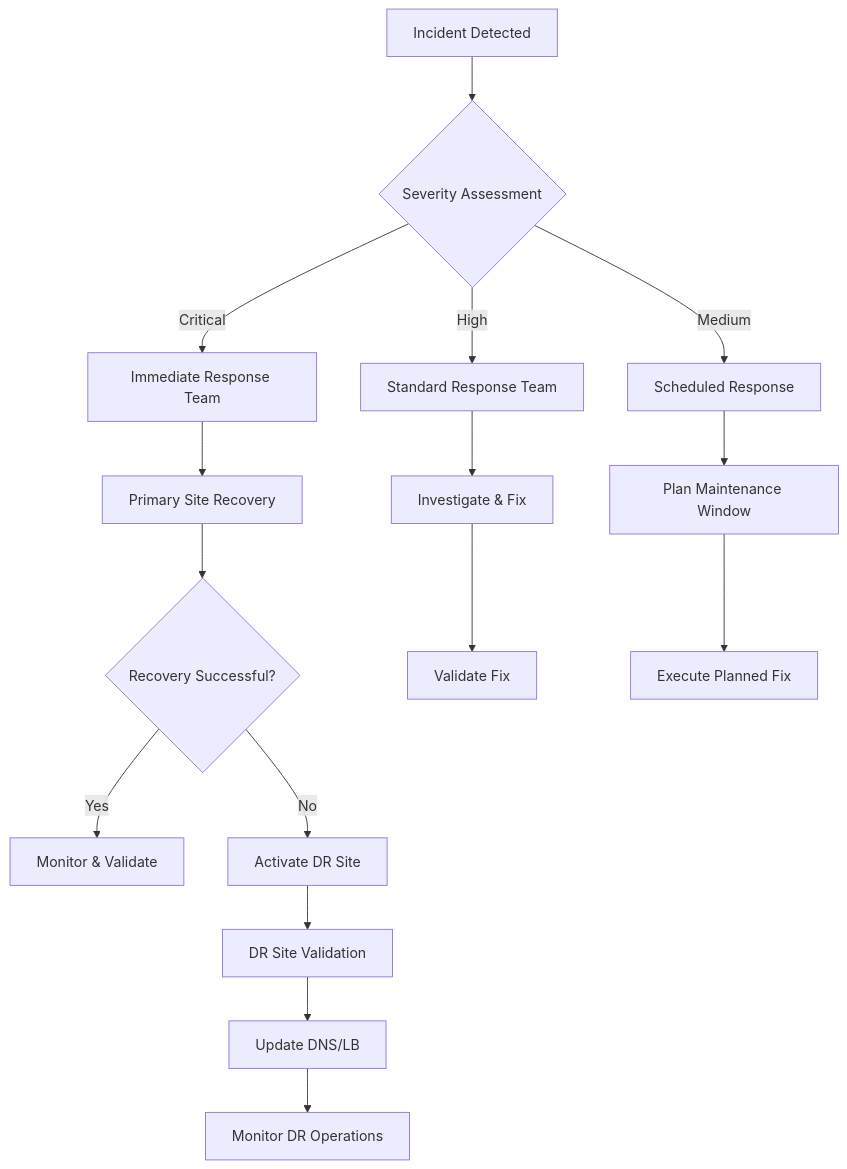
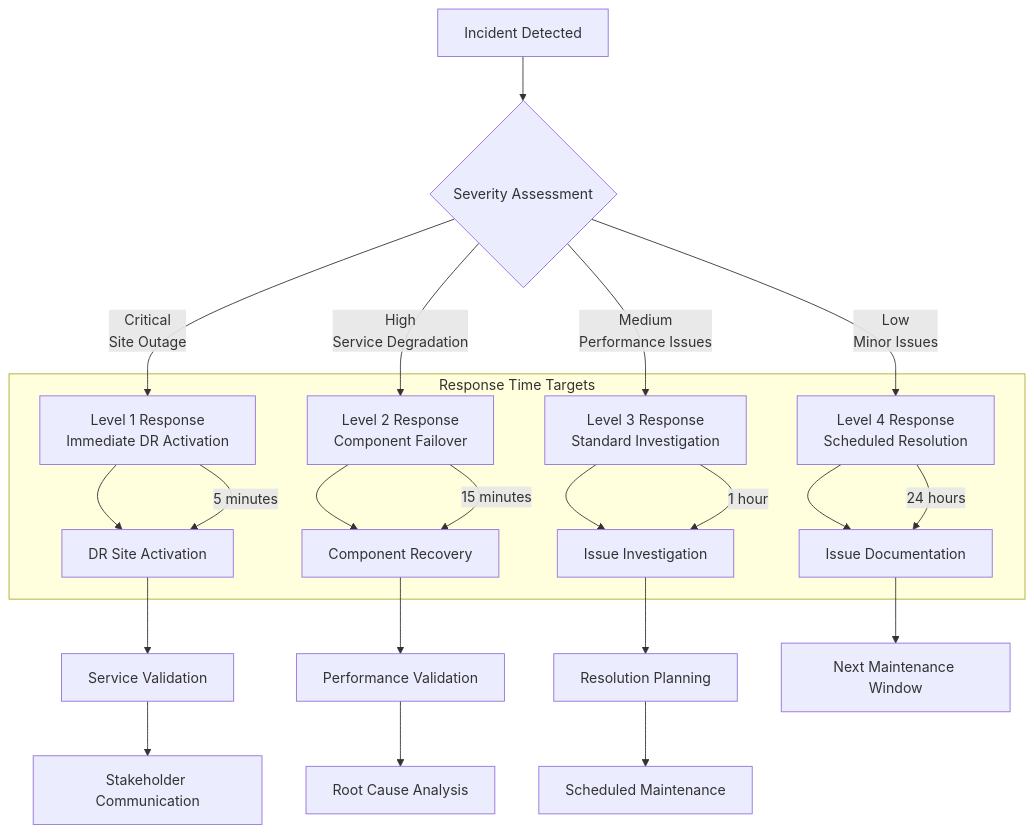
Diagram 13 of 13 in HA_DR_Architecture_Documentation.md (Vishwa0220/customers-docs), drawn with Mermaid before and after one commit. The commit also changed other lines of this file, not shown here.

````diff
--- a/HA_DR_Architecture_Documentation.md
+++ b/HA_DR_Architecture_Documentation.md
@@ -977,22 +1143,30 @@
 ```mermaid
 graph TD
     A[Incident Detected] --> B{Severity Assessment}
-    B -->|Critical| C[Immediate Response Team]
-    B -->|High| D[Standard Response Team]
-    B -->|Medium| E[Scheduled Response]
+    B -->|Critical<br/>Site Outage| C[Level 1 Response<br/>Immediate DR Activation]
+    B -->|High<br/>Service Degradation| D[Level 2 Response<br/>Component Failover]
+    B -->|Medium<br/>Performance Issues| E[Level 3 Response<br/>Standard Investigation]
+    B -->|Low<br/>Minor Issues| F[Level 4 Response<br/>Scheduled Resolution]
     
-    C --> F[Primary Site Recovery]
-    F --> G{Recovery Successful?}
-    G -->|Yes| H[Monitor & Validate]
-    G -->|No| I[Activate DR Site]
+    C --> G[DR Site Activation]
+    G --> H[Service Validation]
+    H --> I[Stakeholder Communication]
     
-    I --> J[DR Site Validation]
-    J --> K[Update DNS/LB]
-    K --> L[Monitor DR Operations]
+    D --> J[Component Recovery]
+    J --> K[Performance Validation]
+    K --> L[Root Cause Analysis]
     
-    D --> M[Investigate & Fix]
-    M --> N[Validate Fix]
+    E --> M[Issue Investigation]
+    M --> N[Resolution Planning]
+    N --> O[Scheduled Maintenance]
     
-    E --> O[Plan Maintenance Window]
-    O --> P[Execute Planned Fix]
+    F --> P[Issue Documentation]
+    P --> Q[Next Maintenance Window]
+    
+    subgraph "Response Time Targets"
+        C --> |5 minutes| G
+        D --> |15 minutes| J
+        E --> |1 hour| M
+        F --> |24 hours| P
+    end
 ```
````
